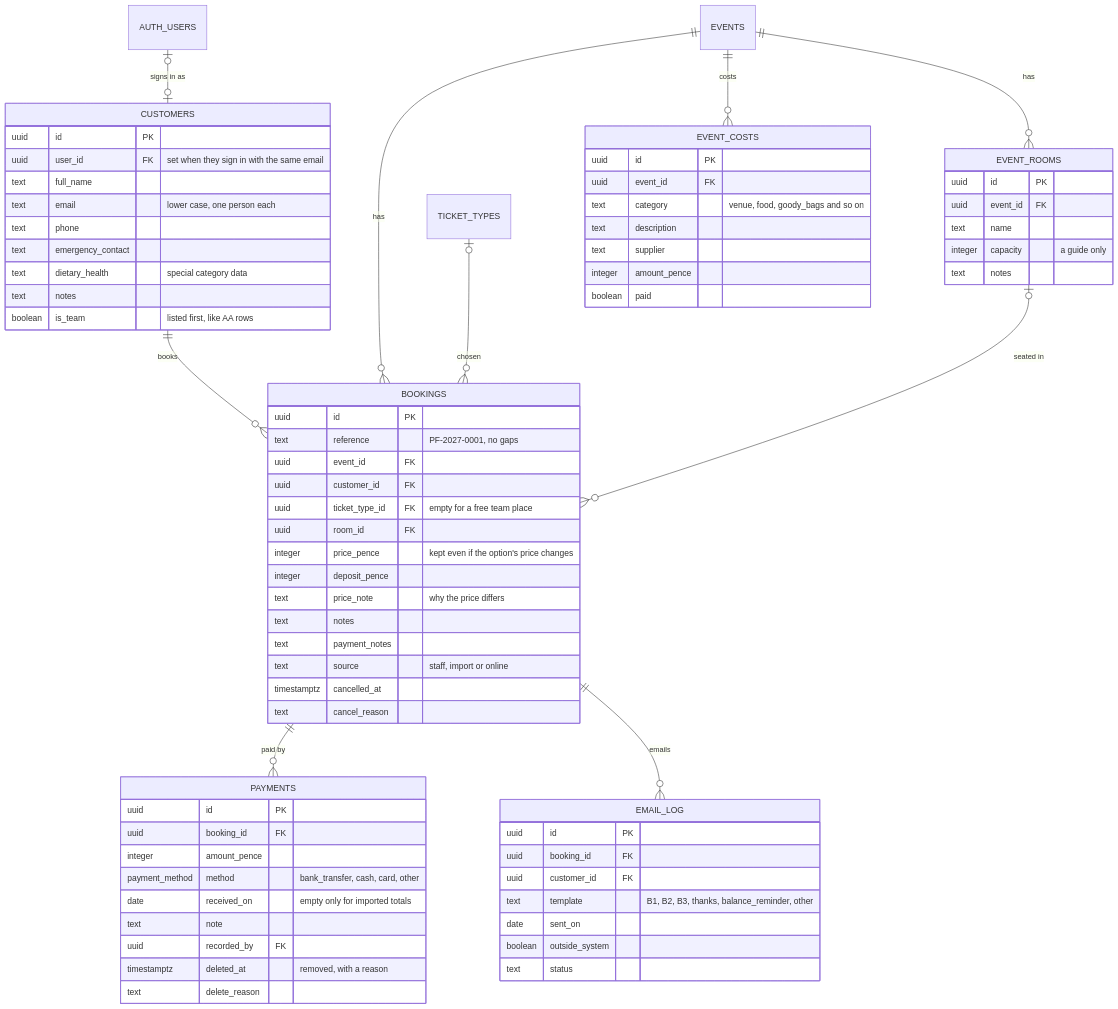
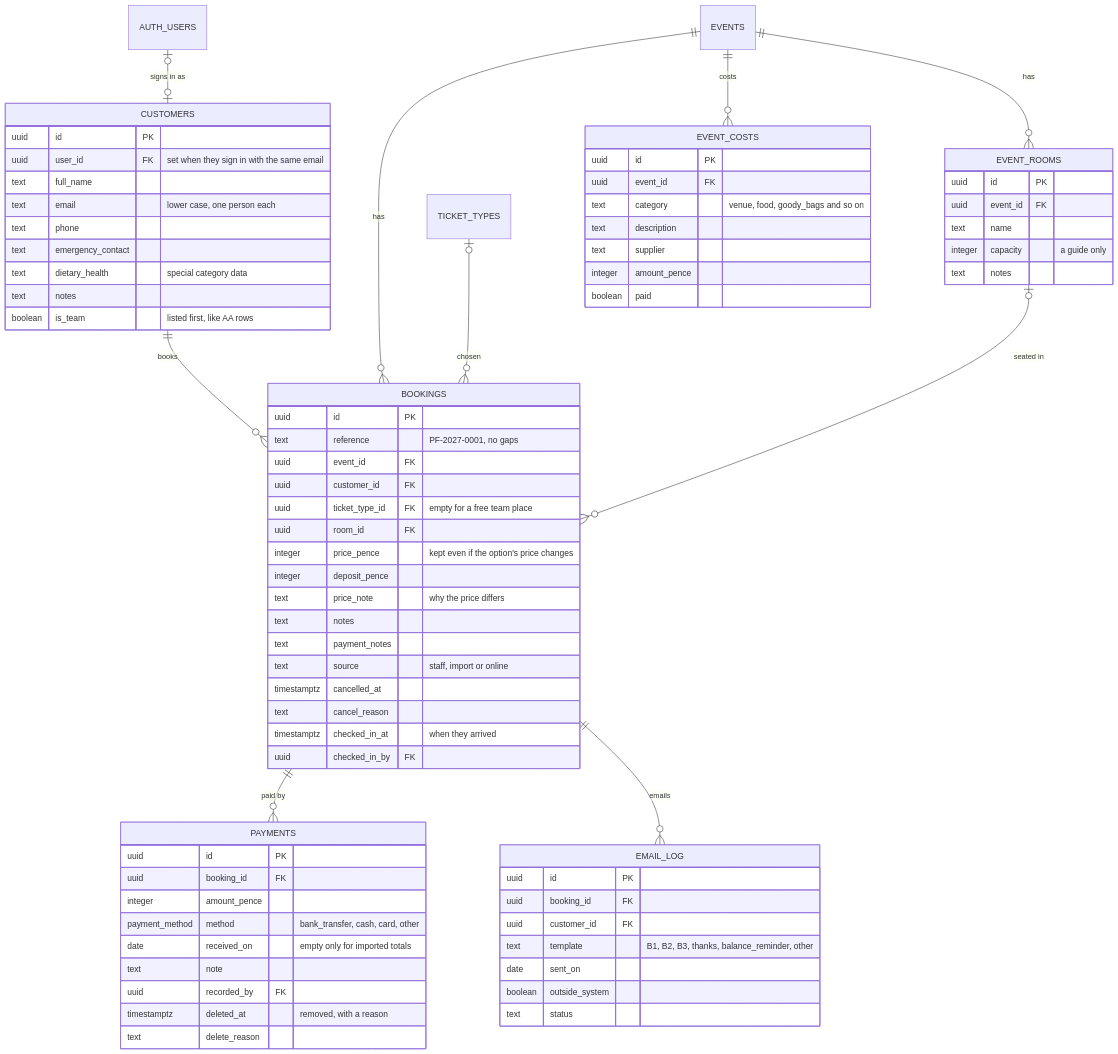
The third of 3 diagrams in docs/data-model.md (paperfox-booking/paperfoxbooking), drawn with Mermaid before and after one commit. The commit also changed other lines of this file and 30 other files, not shown here.

````diff
--- a/docs/data-model.md
+++ b/docs/data-model.md
@@ -149,76 +149,78 @@
 ```mermaid
 erDiagram
   CUSTOMERS ||--o{ BOOKINGS : "books"
   EVENTS ||--o{ BOOKINGS : "has"
   TICKET_TYPES |o--o{ BOOKINGS : "chosen"
   EVENT_ROOMS |o--o{ BOOKINGS : "seated in"
   EVENTS ||--o{ EVENT_ROOMS : "has"
   EVENTS ||--o{ EVENT_COSTS : "costs"
   BOOKINGS ||--o{ PAYMENTS : "paid by"
   BOOKINGS ||--o{ EMAIL_LOG : "emails"
   AUTH_USERS |o--o| CUSTOMERS : "signs in as"
 
   CUSTOMERS {
     uuid id PK
     uuid user_id FK "set when they sign in with the same email"
     text full_name
     text email "lower case, one person each"
     text phone
     text emergency_contact
     text dietary_health "special category data"
     text notes
     boolean is_team "listed first, like AA rows"
   }
   BOOKINGS {
     uuid id PK
     text reference "PF-2027-0001, no gaps"
     uuid event_id FK
     uuid customer_id FK
     uuid ticket_type_id FK "empty for a free team place"
     uuid room_id FK
     integer price_pence "kept even if the option's price changes"
     integer deposit_pence
     text price_note "why the price differs"
     text notes
     text payment_notes
     text source "staff, import or online"
     timestamptz cancelled_at
     text cancel_reason
+    timestamptz checked_in_at "when they arrived"
+    uuid checked_in_by FK
   }
   EVENT_ROOMS {
     uuid id PK
     uuid event_id FK
     text name
     integer capacity "a guide only"
     text notes
   }
   PAYMENTS {
     uuid id PK
     uuid booking_id FK
     integer amount_pence
     payment_method method "bank_transfer, cash, card, other"
     date received_on "empty only for imported totals"
     text note
     uuid recorded_by FK
     timestamptz deleted_at "removed, with a reason"
     text delete_reason
   }
   EMAIL_LOG {
     uuid id PK
     uuid booking_id FK
     uuid customer_id FK
     text template "B1, B2, B3, thanks, balance_reminder, other"
     date sent_on
     boolean outside_system
     text status
   }
   EVENT_COSTS {
     uuid id PK
     uuid event_id FK
     text category "venue, food, goody_bags and so on"
     text description
     text supplier
     integer amount_pence
     boolean paid
   }
 ```
````
